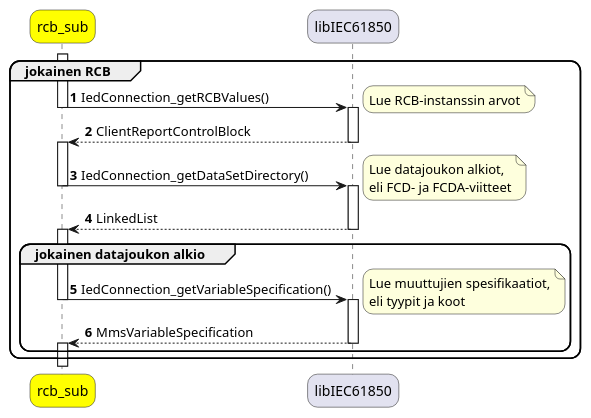
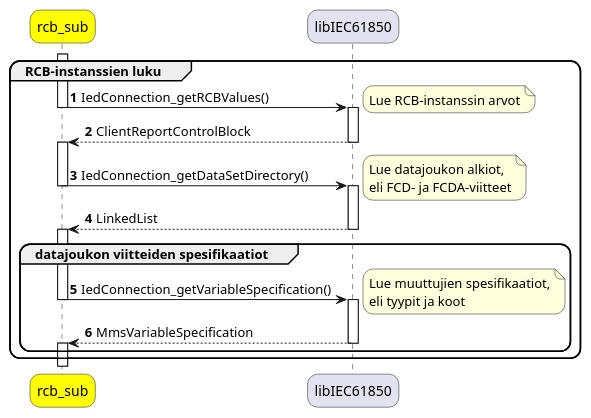
One commit to Kazhuu/tut_master_thesis changed the diagram in uml/rcb-sub-reading-specifications.puml. Above: the diagram before and after it, drawn with PlantUML. The commit also changed 13 other files, not shown here.

Commit message:
uml fixes

```diff
--- a/uml/rcb-sub-reading-specifications.puml
+++ b/uml/rcb-sub-reading-specifications.puml
@@ -1,43 +1,43 @@
 @startuml
 autonumber
 
 skinparam roundcorner 20
 
 participant "rcb_sub" as rcbsub #Yellow
 participant "libIEC61850" as libiec
 
-group jokainen RCB
+group RCB-instanssien luku
 	activate rcbsub
 	rcbsub -> libiec : IedConnection_getRCBValues()
 	deactivate rcbsub
 	activate libiec
 	note right
 		Lue RCB-instanssin arvot
 	end note
 	libiec --> rcbsub : ClientReportControlBlock
 	deactivate libiec
 	activate rcbsub
 	rcbsub -> libiec : IedConnection_getDataSetDirectory()
 	deactivate rcbsub
 	activate libiec
 	note right
 		Lue datajoukon alkiot,
 		eli FCD- ja FCDA-viitteet
 	end note
 	libiec --> rcbsub : LinkedList
 	deactivate libiec
 	activate rcbsub
-	group jokainen datajoukon alkio
+	group datajoukon viitteiden spesifikaatiot
 		rcbsub -> libiec : IedConnection_getVariableSpecification()
 		deactivate rcbsub
 		activate libiec
 		note right
 			Lue muuttujien spesifikaatiot,
 			eli tyypit ja koot
 		end note
 		libiec --> rcbsub : MmsVariableSpecification
 		deactivate libiec
 		activate rcbsub
 	end group
 end group
 @enduml
```
